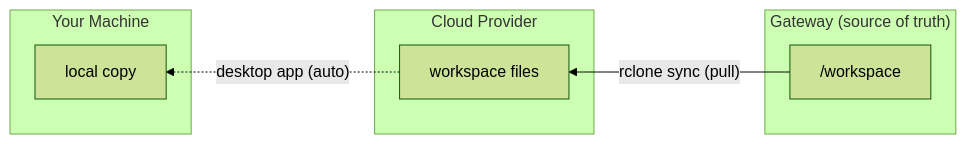
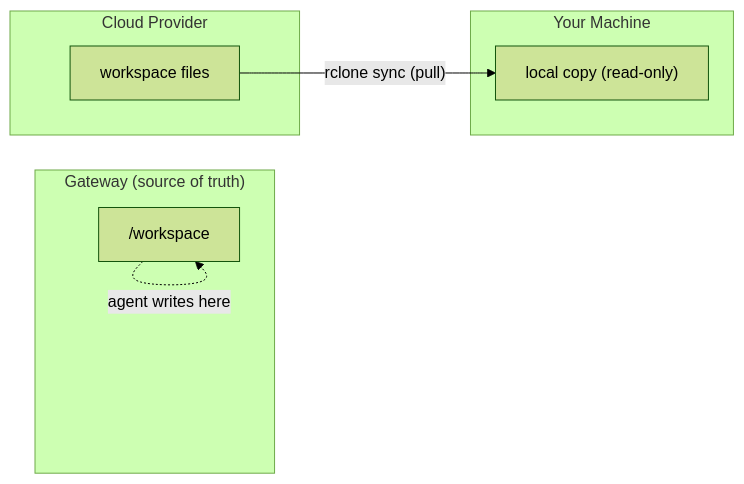
The second of 3 diagrams in README.md (ashbrener/openclaw-workspace-sync), drawn with Mermaid (forest theme) before and after one commit. The commit also changed other lines of this file, not shown here.

Commit message:
fix: correct mermaid diagram arrow directions for mirror and bisync modes
Mirror: show pull direction (cloud→local), mark local as read-only.
Bisync: use valid mermaid syntax (two separate arrows instead of <-->).
Made-with: Cursor

````diff
--- a/README.md
+++ b/README.md
@@ -89,14 +89,14 @@
 ```mermaid
-flowchart RL
+flowchart LR
     subgraph GW["Gateway (source of truth)"]
         WS["/workspace"]
     end
     subgraph CLOUD["Cloud Provider"]
         CF["workspace files"]
     end
     subgraph LOCAL["Your Machine"]
-        LM["local copy"]
+        LM["local copy (read-only)"]
     end
-    WS -- "rclone sync (pull)" --> CF
-    CF -. "desktop app (auto)" .-> LM
+    CF -- "rclone sync (pull)" --> LM
+    WS -. "agent writes here" .-> WS
 ```
````
